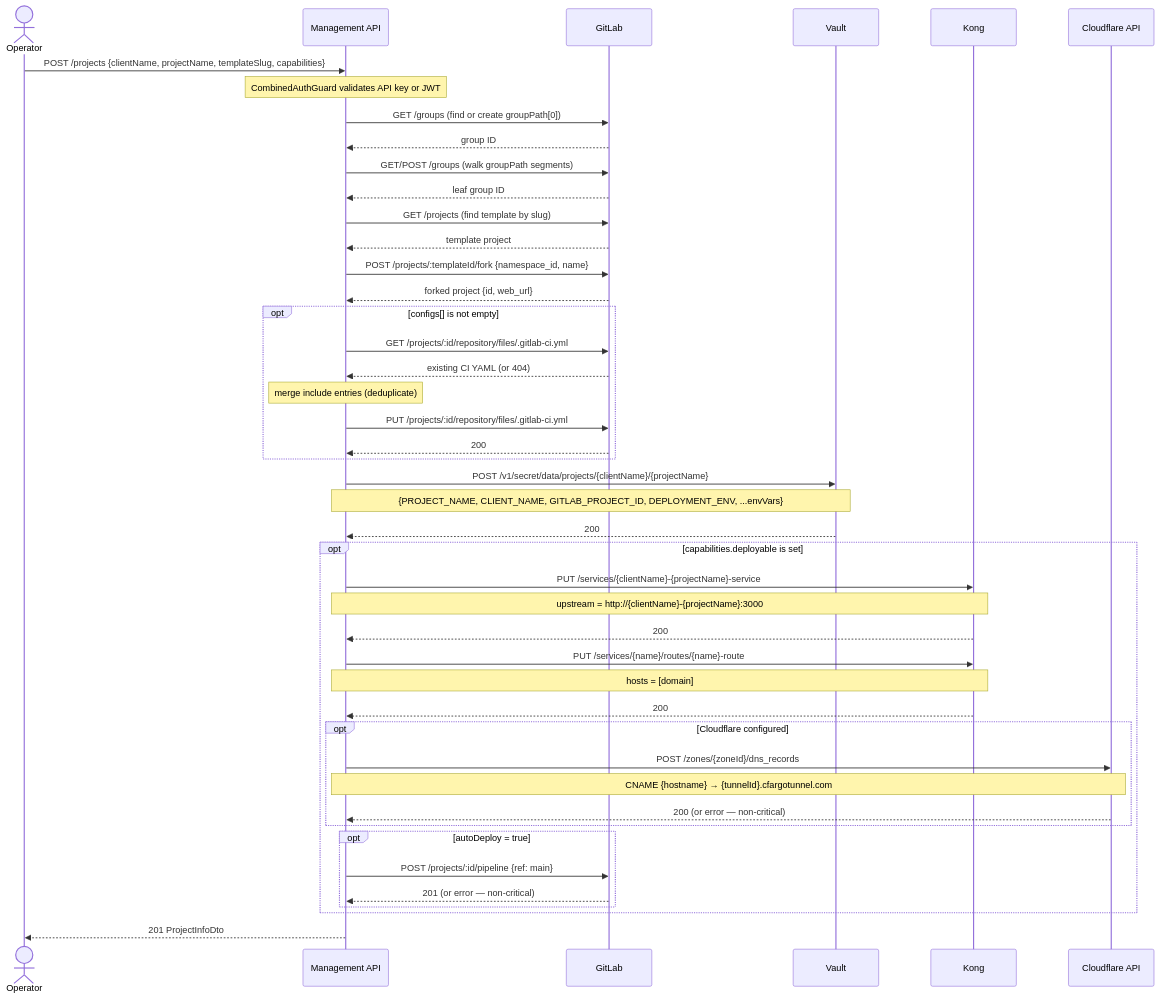
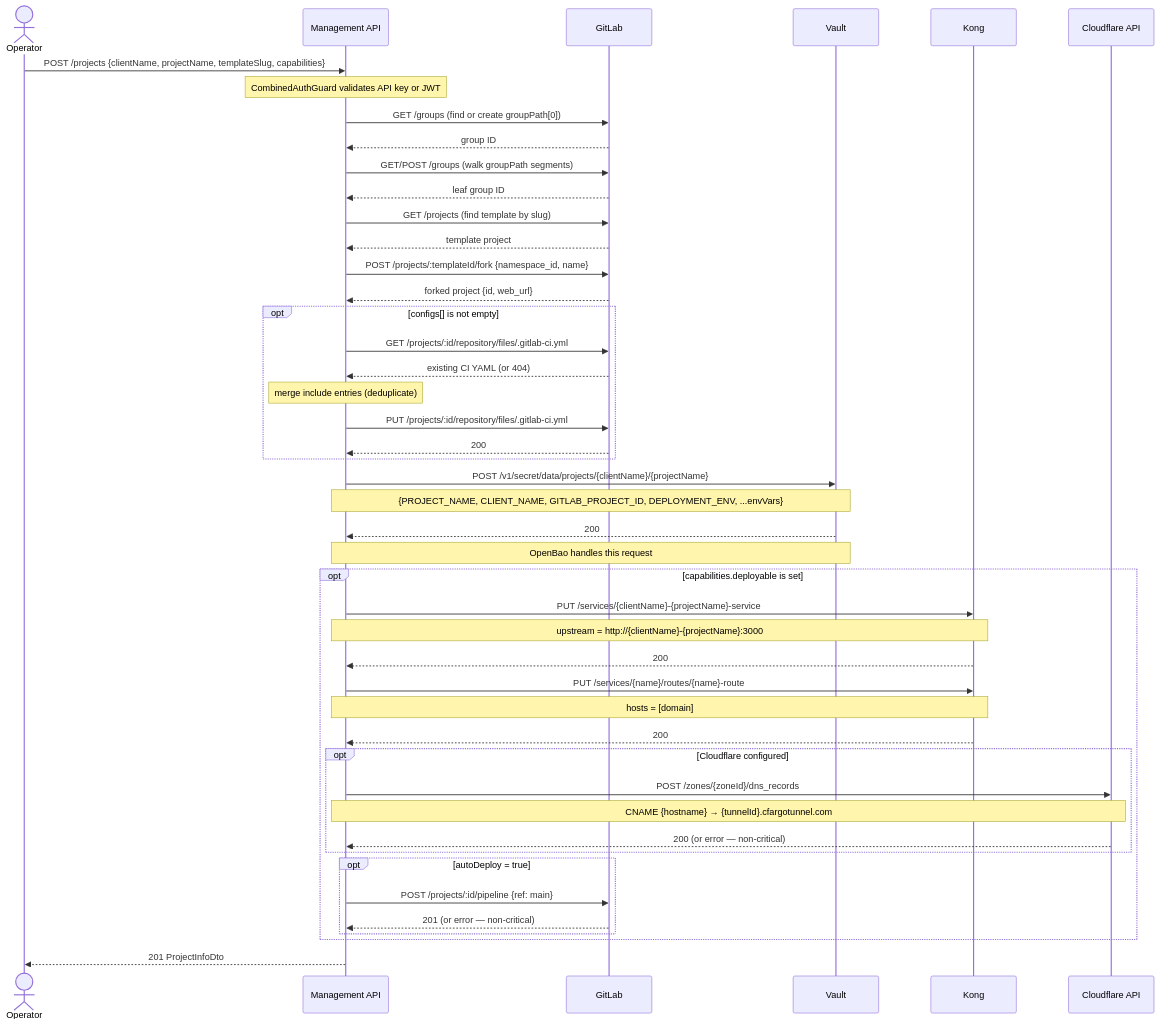
The first of 6 diagrams in __DOCS__/99_maintainers/04_data_flows.md (astarx-studio/devsecops-platform), drawn with Mermaid before and after one commit. The commit also changed other lines of this file and 14 other files, not shown here.

````diff
--- a/__DOCS__/99_maintainers/04_data_flows.md
+++ b/__DOCS__/99_maintainers/04_data_flows.md
@@ -13,56 +13,57 @@
 ```mermaid
 sequenceDiagram
     actor Operator
     participant API as Management API
     participant GitLab
     participant Vault
     participant Kong
     participant CF as Cloudflare API
 
     Operator->>API: POST /projects {clientName, projectName, templateSlug, capabilities}
     Note over API: CombinedAuthGuard validates API key or JWT
 
     API->>GitLab: GET /groups (find or create groupPath[0])
     GitLab-->>API: group ID
     API->>GitLab: GET/POST /groups (walk groupPath segments)
     GitLab-->>API: leaf group ID
 
     API->>GitLab: GET /projects (find template by slug)
     GitLab-->>API: template project
     API->>GitLab: POST /projects/:templateId/fork {namespace_id, name}
     GitLab-->>API: forked project {id, web_url}
 
     opt configs[] is not empty
         API->>GitLab: GET /projects/:id/repository/files/.gitlab-ci.yml
         GitLab-->>API: existing CI YAML (or 404)
         Note over API: merge include entries (deduplicate)
         API->>GitLab: PUT /projects/:id/repository/files/.gitlab-ci.yml
         GitLab-->>API: 200
     end
 
     API->>Vault: POST /v1/secret/data/projects/{clientName}/{projectName}
     Note over API,Vault: {PROJECT_NAME, CLIENT_NAME, GITLAB_PROJECT_ID, DEPLOYMENT_ENV, ...envVars}
     Vault-->>API: 200
+    Note over API,Vault: OpenBao handles this request
 
     opt capabilities.deployable is set
         API->>Kong: PUT /services/{clientName}-{projectName}-service
         Note over API,Kong: upstream = http://{clientName}-{projectName}:3000
         Kong-->>API: 200
         API->>Kong: PUT /services/{name}/routes/{name}-route
         Note over API,Kong: hosts = [domain]
         Kong-->>API: 200
 
         opt Cloudflare configured
             API->>CF: POST /zones/{zoneId}/dns_records
             Note over API,CF: CNAME {hostname} → {tunnelId}.cfargotunnel.com
             CF-->>API: 200 (or error — non-critical)
         end
 
         opt autoDeploy = true
             API->>GitLab: POST /projects/:id/pipeline {ref: main}
             GitLab-->>API: 201 (or error — non-critical)
         end
     end
 
     API-->>Operator: 201 ProjectInfoDto
 ```
````
